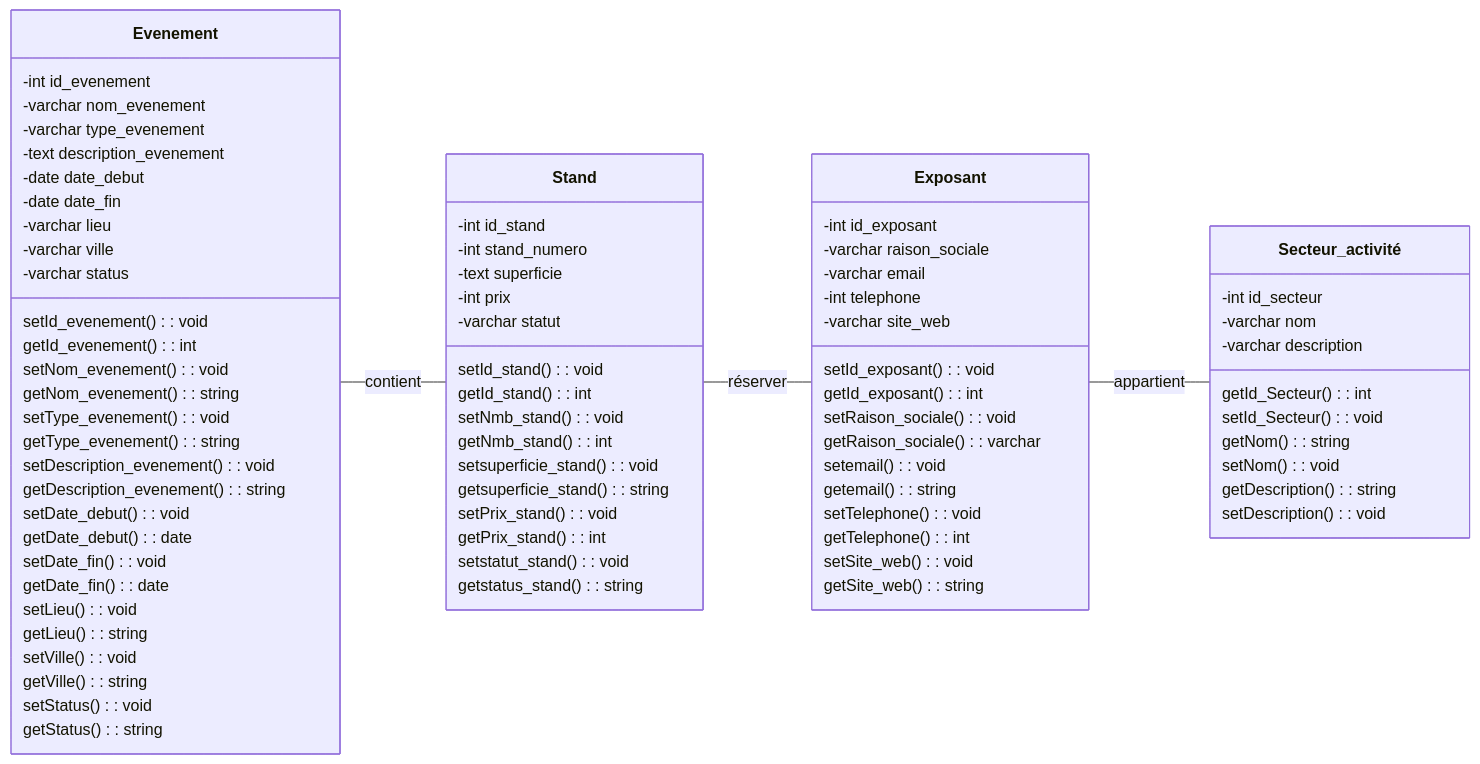
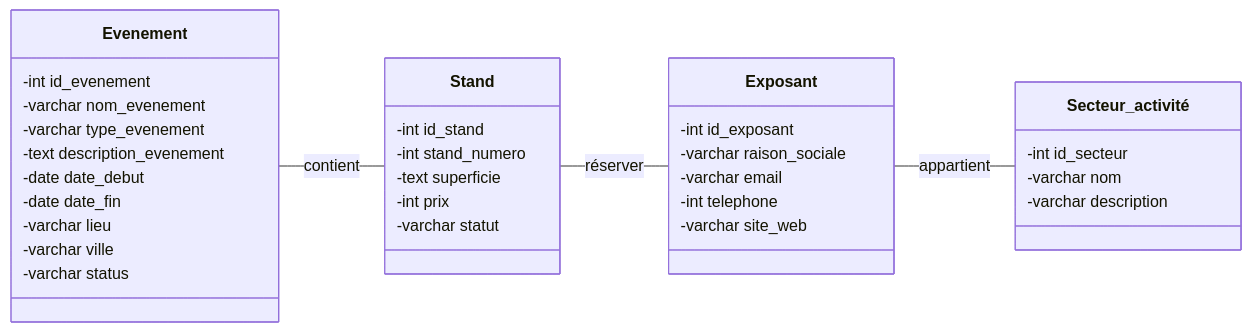
One commit to ranya-amzghar/Projet_fil_rouge changed the diagram in Session2/conception/diagramme_class/diagramme.mmd. Above: the diagram before and after it, drawn with Mermaid.

Commit message:
Diagramme de class

```diff
--- a/Session2/conception/diagramme_class/diagramme.mmd
+++ b/Session2/conception/diagramme_class/diagramme.mmd
@@ -1,79 +1,35 @@
 classDiagram
     direction LR
     class Evenement{
         -int id_evenement
         -varchar nom_evenement
         -varchar type_evenement
         -text description_evenement
         -date date_debut
         -date date_fin
         -varchar lieu
         -varchar ville
         -varchar status
-        setId_evenement(): void
-        getId_evenement(): int
-        setNom_evenement(): void
-        getNom_evenement(): string
-        setType_evenement(): void
-        getType_evenement(): string
-        setDescription_evenement(): void
-        getDescription_evenement(): string
-        setDate_debut(): void
-        getDate_debut(): date
-        setDate_fin(): void
-        getDate_fin(): date
-        setLieu(): void
-        getLieu(): string
-        setVille(): void
-        getVille(): string
-        setStatus(): void
-        getStatus(): string
     }
     class Stand{
         -int id_stand
         -int stand_numero
         -text superficie
         -int prix
         -varchar statut
-        setId_stand(): void
-        getId_stand(): int
-        setNmb_stand(): void
-        getNmb_stand(): int
-        setsuperficie_stand(): void
-        getsuperficie_stand(): string
-        setPrix_stand(): void
-        getPrix_stand(): int
-        setstatut_stand(): void
-        getstatus_stand(): string
     }
     class Exposant{
         -int id_exposant
         -varchar raison_sociale
         -varchar email
         -int telephone
         -varchar site_web
-        setId_exposant(): void
-        getId_exposant(): int
-        setRaison_sociale(): void
-        getRaison_sociale(): varchar
-        setemail(): void
-        getemail(): string
-        setTelephone(): void
-        getTelephone(): int
-        setSite_web(): void
-        getSite_web(): string
     }
     class Secteur_activité{
         -int id_secteur
         -varchar nom
         -varchar description
-        getId_Secteur(): int
-        setId_Secteur(): void
-        getNom(): string
-        setNom(): void
-        getDescription(): string
-        setDescription(): void
     }
     Evenement -- Stand : contient
     Stand -- Exposant: réserver
     Exposant -- Secteur_activité : appartient
```
